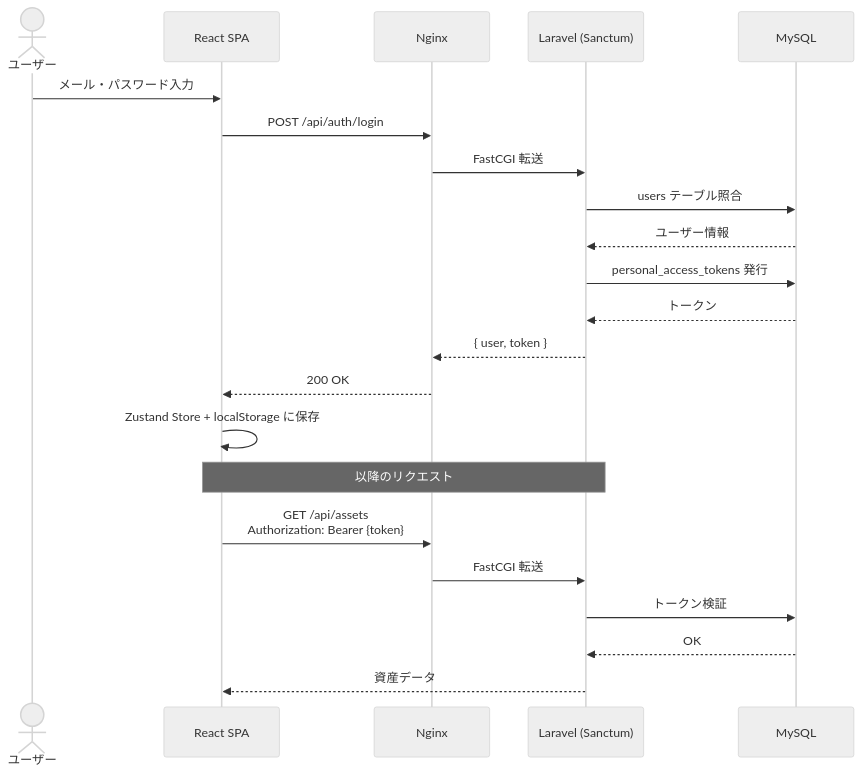
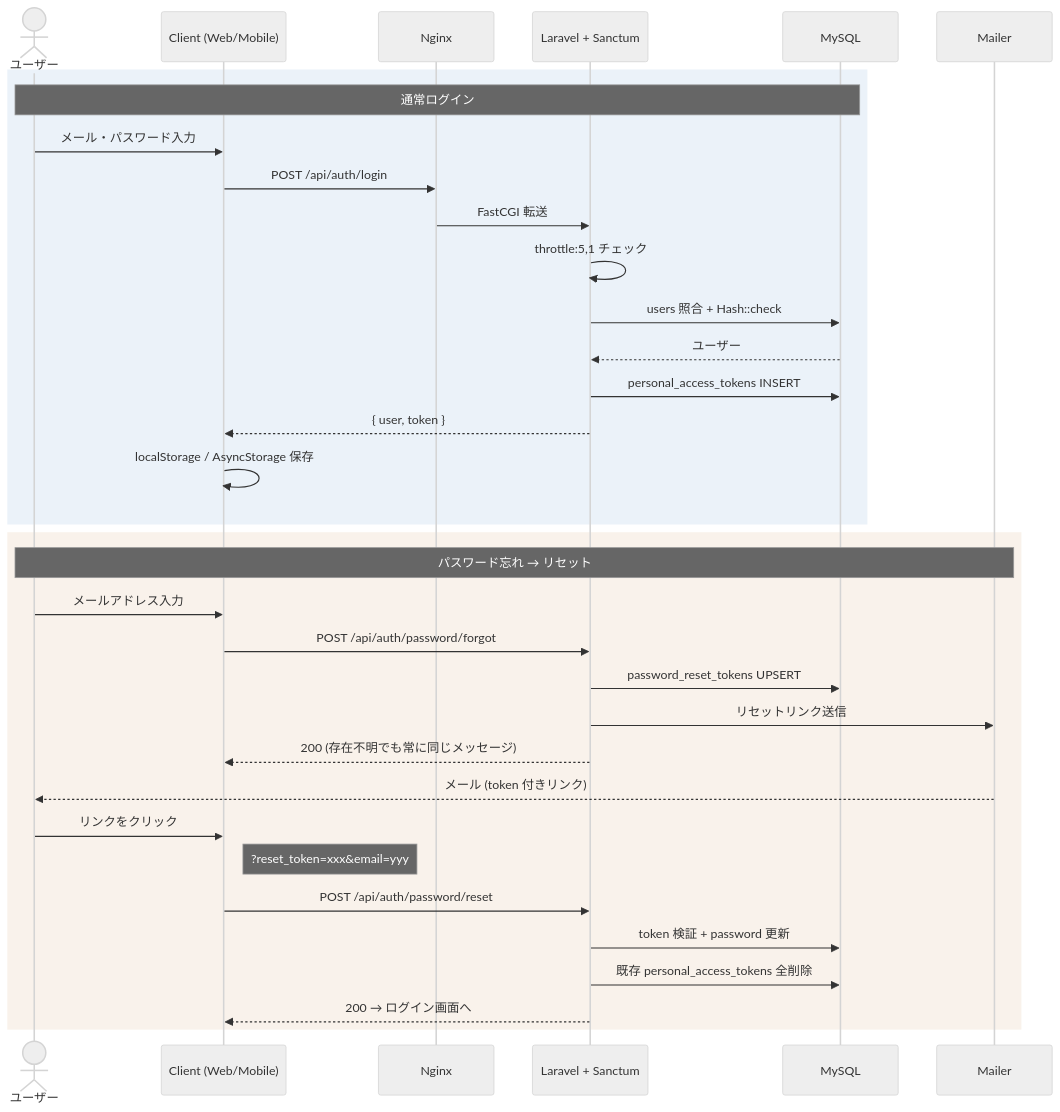
Before and after one commit to makoto-kamimura/docker_balance_sheet: the fourth of 11 diagrams in doc/design.md, drawn with Mermaid (neutral theme). The commit also changed other lines of this file and 71 other files, not shown here.

````diff
--- a/doc/design.md
+++ b/doc/design.md
@@ -153,27 +208,38 @@
 ```mermaid
 sequenceDiagram
     actor U as ユーザー
-    participant R as React SPA
+    participant C as Client (Web/Mobile)
     participant N as Nginx
-    participant L as Laravel (Sanctum)
+    participant L as Laravel + Sanctum
     participant DB as MySQL
+    participant M as Mailer
 
-    U->>R: メール・パスワード入力
-    R->>N: POST /api/auth/login
+    rect rgba(64,128,192,0.1)
+    Note over U,DB: 通常ログイン
+    U->>C: メール・パスワード入力
+    C->>N: POST /api/auth/login
     N->>L: FastCGI 転送
-    L->>DB: users テーブル照合
-    DB-->>L: ユーザー情報
-    L->>DB: personal_access_tokens 発行
-    DB-->>L: トークン
-    L-->>N: { user, token }
-    N-->>R: 200 OK
-    R->>R: Zustand Store + localStorage に保存
+    L->>L: throttle:5,1 チェック
+    L->>DB: users 照合 + Hash::check
+    DB-->>L: ユーザー
+    L->>DB: personal_access_tokens INSERT
+    L-->>C: { user, token }
+    C->>C: localStorage / AsyncStorage 保存
+    end
 
-    Note over R,L: 以降のリクエスト
-
-    R->>N: GET /api/assets<br/>Authorization: Bearer {token}
-    N->>L: FastCGI 転送
-    L->>DB: トークン検証
-    DB-->>L: OK
-    L-->>R: 資産データ
+    rect rgba(192,128,64,0.1)
+    Note over U,M: パスワード忘れ → リセット
+    U->>C: メールアドレス入力
+    C->>L: POST /api/auth/password/forgot
+    L->>DB: password_reset_tokens UPSERT
+    L->>M: リセットリンク送信
+    L-->>C: 200 (存在不明でも常に同じメッセージ)
+    M-->>U: メール (token 付きリンク)
+    U->>C: リンクをクリック
+    Note right of C: ?reset_token=xxx&email=yyy
+    C->>L: POST /api/auth/password/reset
+    L->>DB: token 検証 + password 更新
+    L->>DB: 既存 personal_access_tokens 全削除
+    L-->>C: 200 → ログイン画面へ
+    end
 ```
````
